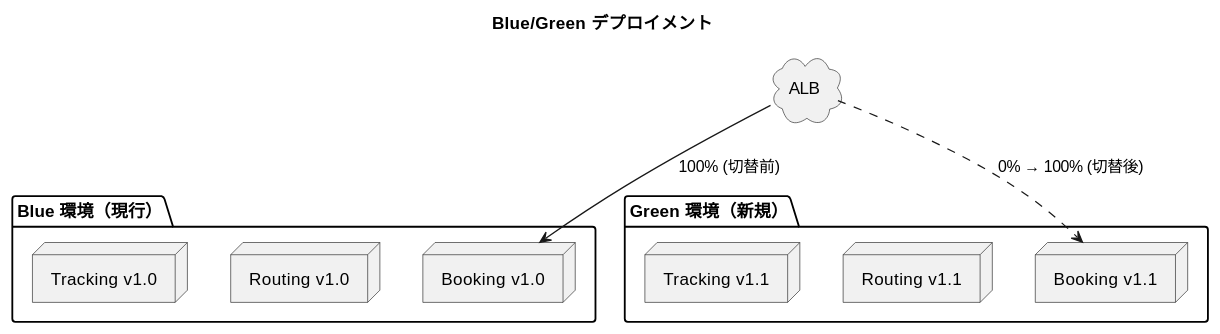
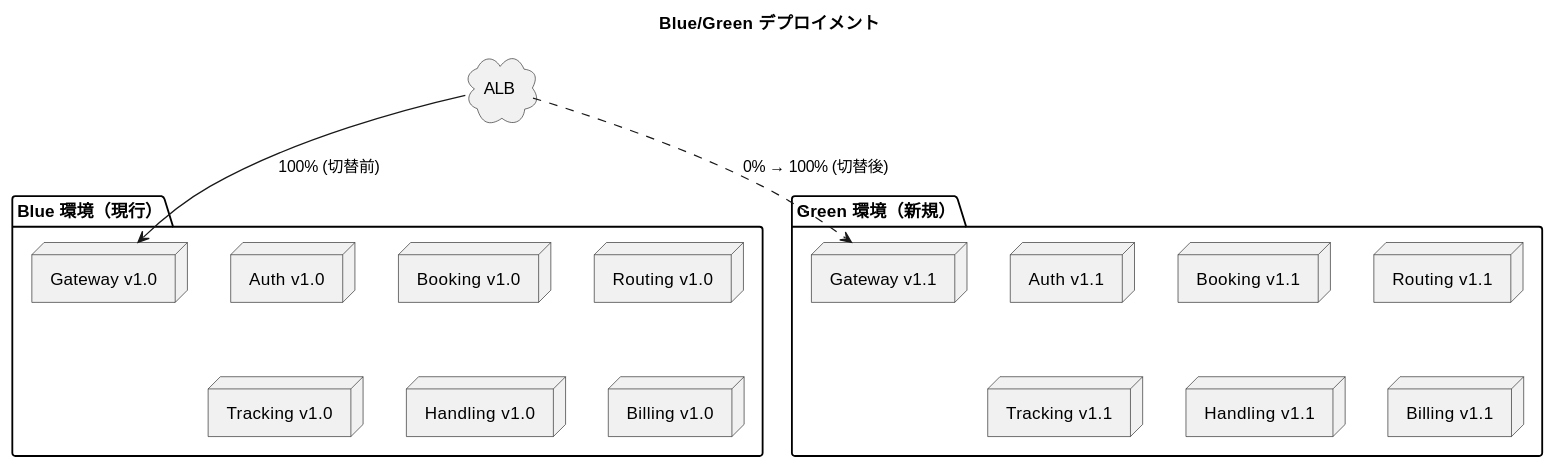
The fourth of 4 diagrams in docs/design/architecture_infrastructure.md (k2works/case-study-cargo-tracker), drawn with PlantUML before and after one commit. The commit also changed other lines of this file and 4 other files, not shown here.

````diff
--- a/docs/design/architecture_infrastructure.md
+++ b/docs/design/architecture_infrastructure.md
@@ -260,24 +286,32 @@
 ```plantuml
 @startuml
 
 title Blue/Green デプロイメント
 
 cloud "ALB" as alb
 
 package "Blue 環境（現行）" {
+  node "Gateway v1.0" as g1
+  node "Auth v1.0" as a1
   node "Booking v1.0" as b1
   node "Routing v1.0" as r1
   node "Tracking v1.0" as t1
+  node "Handling v1.0" as h1
+  node "Billing v1.0" as bi1
 }
 
 package "Green 環境（新規）" {
+  node "Gateway v1.1" as g2
+  node "Auth v1.1" as a2
   node "Booking v1.1" as b2
   node "Routing v1.1" as r2
   node "Tracking v1.1" as t2
+  node "Handling v1.1" as h2
+  node "Billing v1.1" as bi2
 }
 
-alb --> b1 : 100% (切替前)
-alb ..> b2 : 0% → 100% (切替後)
+alb --> g1 : 100% (切替前)
+alb ..> g2 : 0% → 100% (切替後)
 
 @enduml
 ```
````
